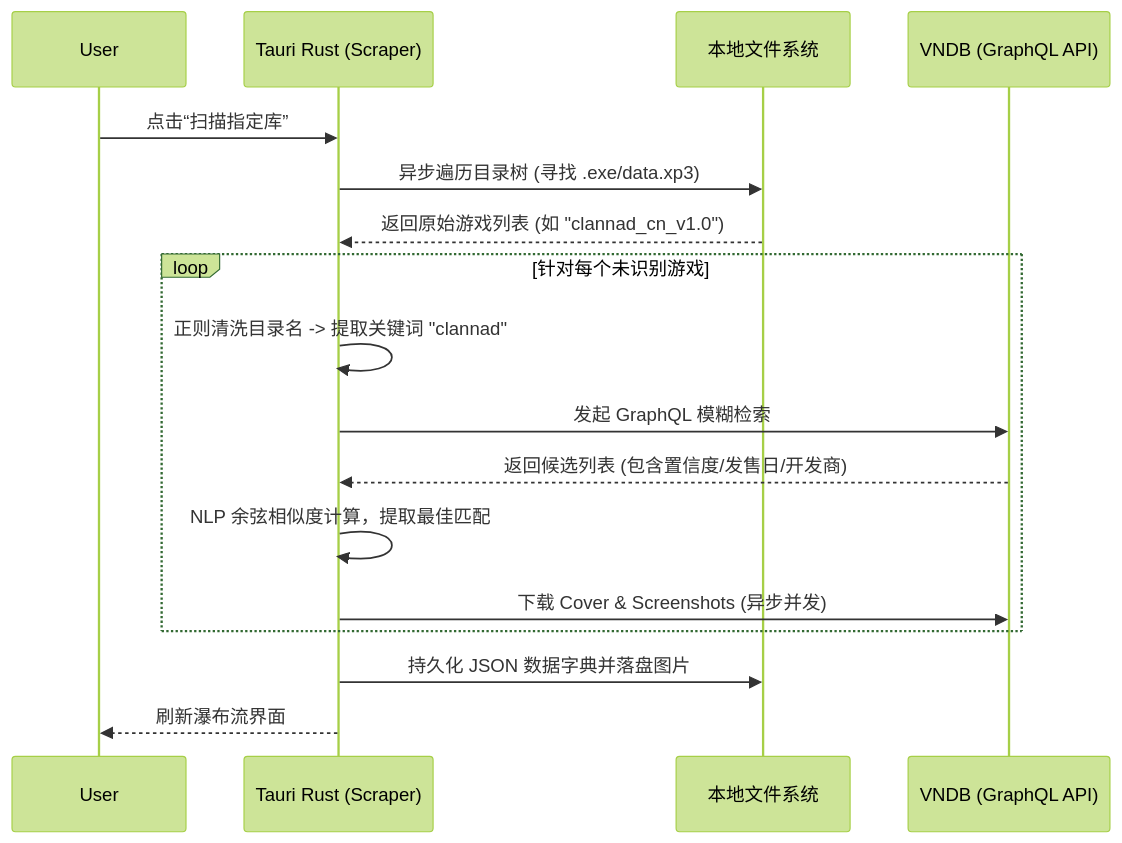
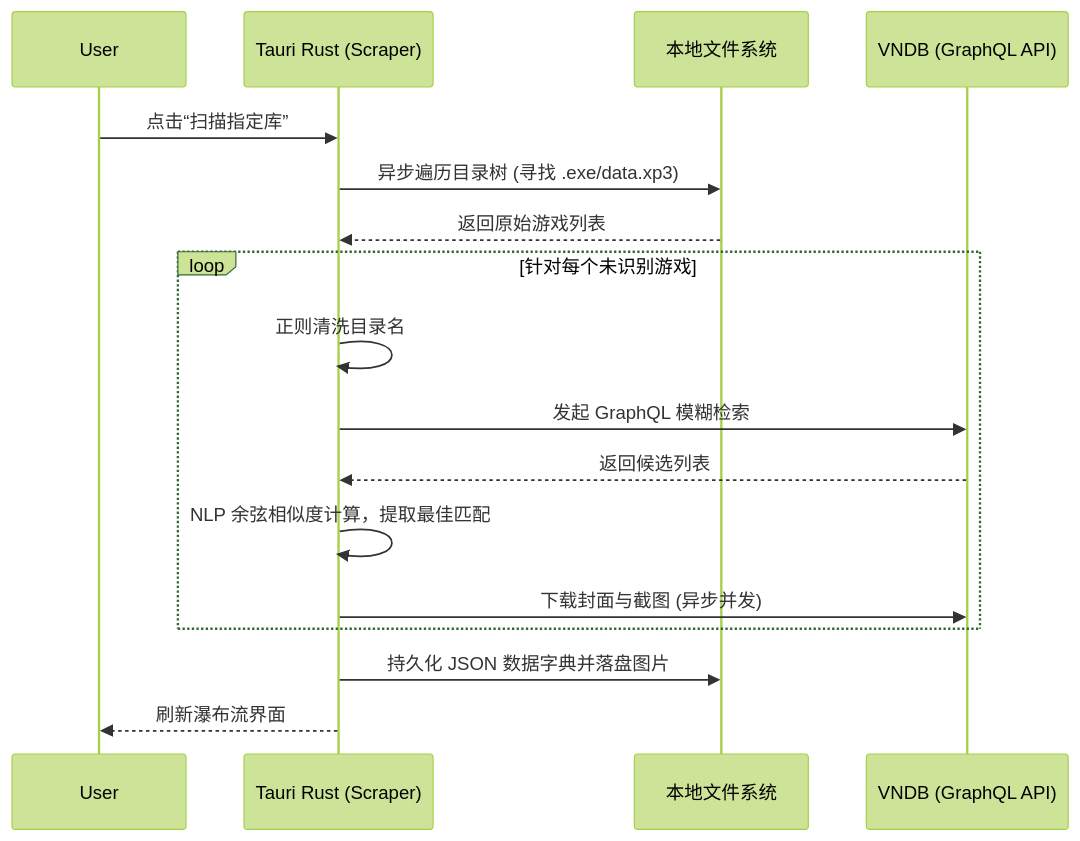
The third of 5 diagrams in thesis/chapter4/system_design.md (Roxy-DD/galremote), drawn with Mermaid (forest theme) before and after one commit. The commit also changed other lines of this file and 1 other file, not shown here.

````diff
--- a/thesis/chapter4/system_design.md
+++ b/thesis/chapter4/system_design.md
@@ -104,22 +94,22 @@
 ```mermaid
 sequenceDiagram
     participant User
     participant Rust as Tauri Rust (Scraper)
     participant FS as 本地文件系统
     participant VNDB as VNDB (GraphQL API)
     
     User->>Rust: 点击“扫描指定库”
     Rust->>FS: 异步遍历目录树 (寻找 .exe/data.xp3)
-    FS-->>Rust: 返回原始游戏列表 (如 "clannad_cn_v1.0")
+    FS-->>Rust: 返回原始游戏列表
     
     loop 针对每个未识别游戏
-        Rust->>Rust: 正则清洗目录名 -> 提取关键词 "clannad"
+        Rust->>Rust: 正则清洗目录名
         Rust->>VNDB: 发起 GraphQL 模糊检索
-        VNDB-->>Rust: 返回候选列表 (包含置信度/发售日/开发商)
+        VNDB-->>Rust: 返回候选列表
         Rust->>Rust: NLP 余弦相似度计算，提取最佳匹配
-        Rust->>VNDB: 下载 Cover & Screenshots (异步并发)
+        Rust->>VNDB: 下载封面与截图 (异步并发)
     end
     
     Rust->>FS: 持久化 JSON 数据字典并落盘图片
     Rust-->>User: 刷新瀑布流界面
 ```
````
